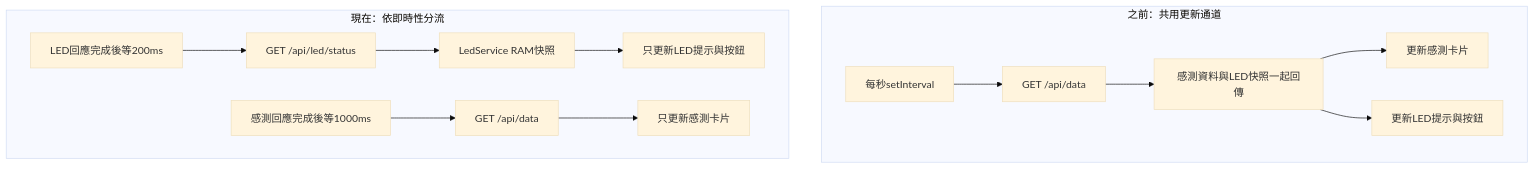
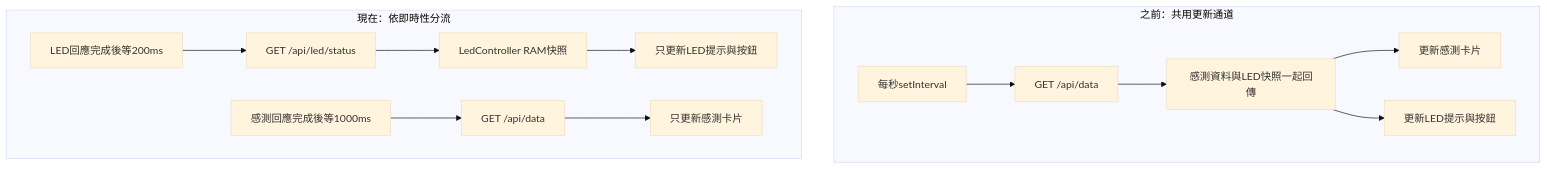
One commit to change918418-tech/IoT_Course changed diagram 14 of 21 in LED_SINGLE_OWNER_GUIDE.md. Above: the diagram before and after it, drawn with Mermaid (base theme). The commit also changed other lines of this file and 2 other files, not shown here.

Commit message:
docs: synchronize P1 LED guides and config instructions

````diff
--- a/LED_SINGLE_OWNER_GUIDE.md
+++ b/LED_SINGLE_OWNER_GUIDE.md
@@ -753,16 +754,16 @@
 ```mermaid
 flowchart TD
     subgraph Before[之前：共用更新通道]
         OldTimer[每秒setInterval] --> OldFetch[GET /api/data]
         OldFetch --> Combined[感測資料與LED快照一起回傳]
         Combined --> OldCards[更新感測卡片]
         Combined --> OldButton[更新LED提示與按鈕]
     end
     subgraph After[現在：依即時性分流]
         FastPoll[LED回應完成後等200ms] --> FastFetch[GET /api/led/status]
-        FastFetch --> Ram[LedService RAM快照]
+        FastFetch --> Ram[LedController RAM快照]
         Ram --> NewButton[只更新LED提示與按鈕]
         SlowPoll[感測回應完成後等1000ms] --> SlowFetch[GET /api/data]
         SlowFetch --> NewCards[只更新感測卡片]
     end
 ```
````
